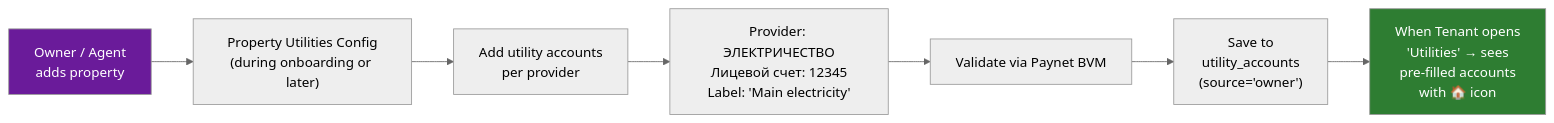
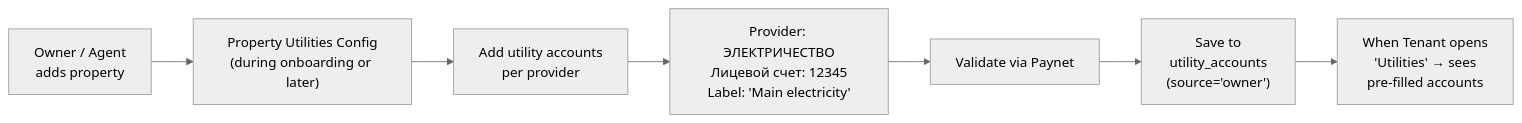
One commit to saodatm-dev/Utilities---Informational-Architecture changed the ninth of 14 diagrams in utilities-payment-userflow.md. Above: the diagram before and after it, drawn with Mermaid (neutral theme). The commit also changed other lines of this file and 12 other files, not shown here.

Commit message:
docs: Remove outdated informational architecture documents, update payment userflow, and add new images.

````diff
--- a/utilities-payment-userflow.md
+++ b/utilities-payment-userflow.md
@@ -281,14 +390,12 @@
 ```mermaid
 flowchart LR
     OWNER["Owner / Agent<br/>adds property"] --> CONFIG["Property Utilities Config<br/>(during onboarding or later)"]
 
     CONFIG --> ADD["Add utility accounts<br/>per provider"]
     ADD --> FILL["Provider: ЭЛЕКТРИЧЕСТВО<br/>Лицевой счет: 12345<br/>Label: 'Main electricity'"]
-    FILL --> VALIDATE["Validate via Paynet BVM"]
+    FILL --> VALIDATE["Validate via Paynet"]
     VALIDATE --> SAVE["Save to<br/>utility_accounts<br/>(source='owner')"]
 
-    SAVE --> TENANT_VIEW["When Tenant opens<br/>'Utilities' → sees<br/>pre-filled accounts<br/>with 🏠 icon"]
+    SAVE --> TENANT_VIEW["When Tenant opens<br/>'Utilities' → sees<br/>pre-filled accounts"]
 
-    style OWNER fill:#6A1B9A,color:#fff
-    style TENANT_VIEW fill:#2E7D32,color:#fff
 ```
````
